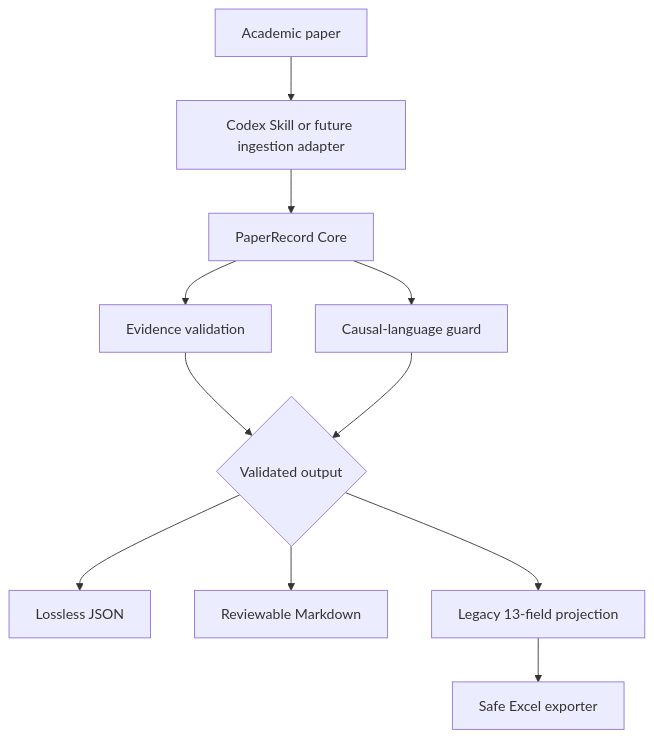
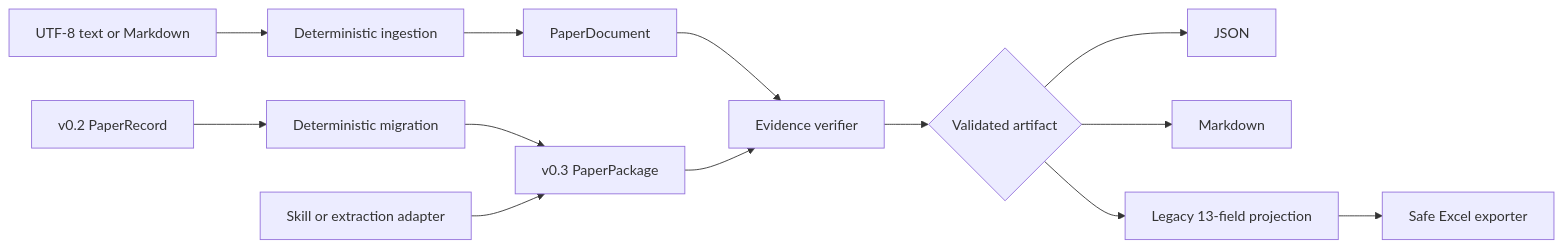
The diagram in README.md (AOROM/paperreading), drawn with Mermaid before and after one commit. The commit also changed other lines of this file and 60 other files, not shown here.

Commit message:
Add v0.3 evidence package and migration foundation

````diff
--- a/README.md
+++ b/README.md
@@ -42,13 +44,15 @@
 ```mermaid
-flowchart TB
-    P["Academic paper"] --> A["Codex Skill or future ingestion adapter"]
-    A --> R["PaperRecord Core"]
-    R --> E["Evidence validation"]
-    R --> C["Causal-language guard"]
-    E --> O{"Validated output"}
-    C --> O
-    O --> J["Lossless JSON"]
-    O --> M["Reviewable Markdown"]
+flowchart LR
+    S["UTF-8 text or Markdown"] --> I["Deterministic ingestion"]
+    I --> D["PaperDocument"]
+    V2["v0.2 PaperRecord"] --> M["Deterministic migration"]
+    M --> P["v0.3 PaperPackage"]
+    D --> V["Evidence verifier"]
+    P --> V
+    A["Skill or extraction adapter"] --> P
+    V --> O{"Validated artifact"}
+    O --> J["JSON"]
+    O --> MD["Markdown"]
     O --> L["Legacy 13-field projection"]
     L --> X["Safe Excel exporter"]
 ```
````
